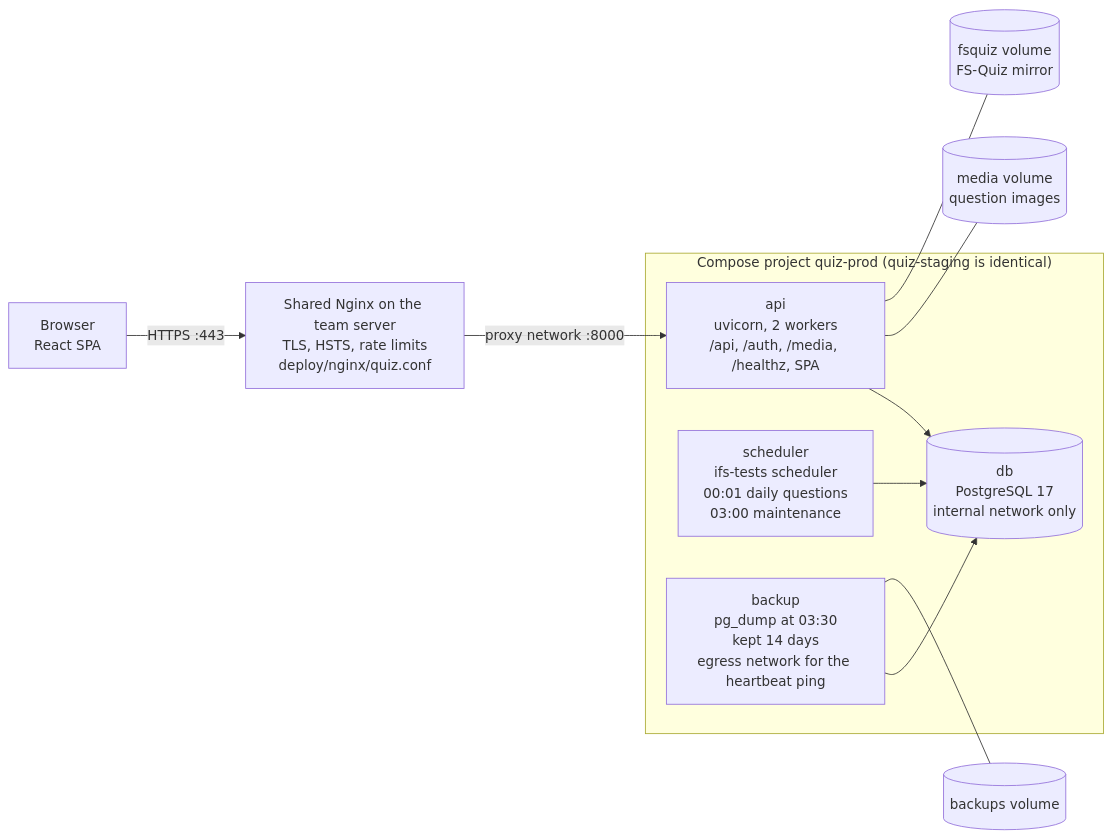
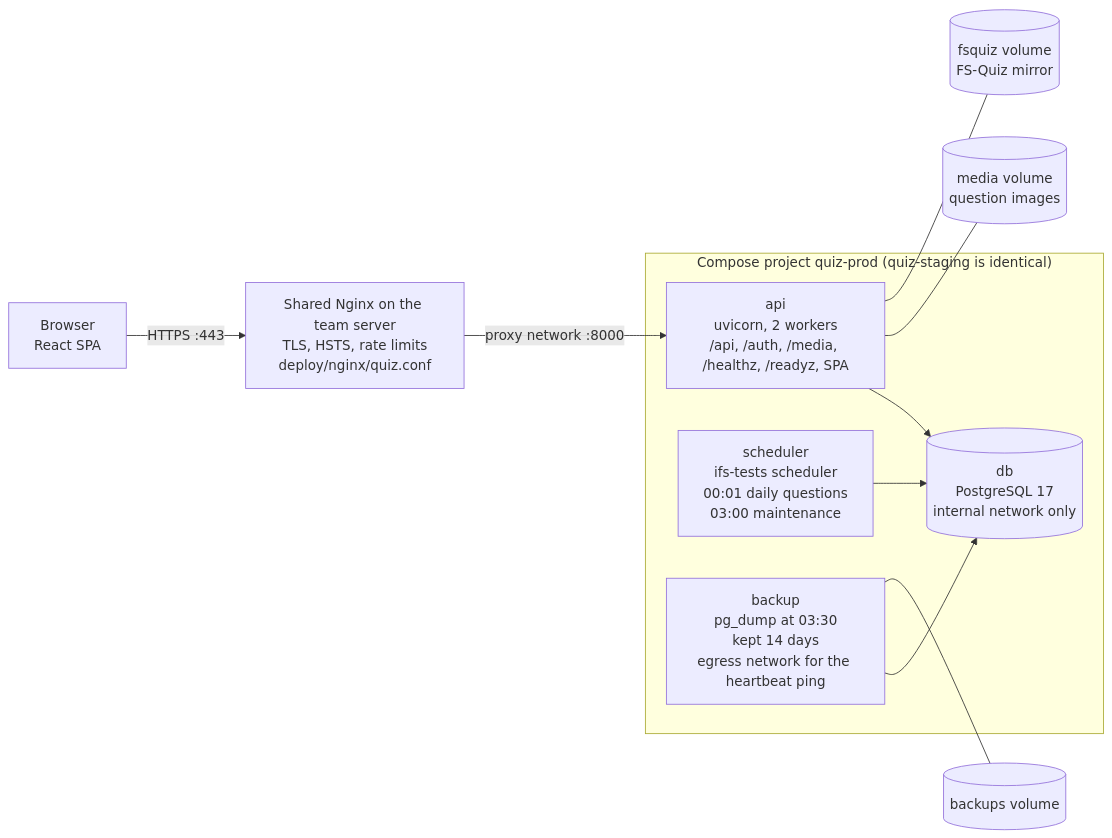
One commit to isc-fs/IFS-Tests changed the first of 4 diagrams in docs/architecture.md. Above: the diagram before and after it, drawn with Mermaid. The commit also changed other lines of this file and 17 other files, not shown here.

````diff
--- a/docs/architecture.md
+++ b/docs/architecture.md
@@ -9,17 +9,17 @@
 ```mermaid
 flowchart LR
     B["Browser<br/>React SPA"] -->|"HTTPS :443"| N["Shared Nginx on the team server<br/>TLS, HSTS, rate limits<br/>deploy/nginx/quiz.conf"]
     N -->|"proxy network :8000"| A
     subgraph P["Compose project quiz-prod (quiz-staging is identical)"]
-        A["api<br/>uvicorn, 2 workers<br/>/api, /auth, /media, /healthz, SPA"]
+        A["api<br/>uvicorn, 2 workers<br/>/api, /auth, /media, /healthz, /readyz, SPA"]
         S["scheduler<br/>ifs-tests scheduler<br/>00:01 daily questions<br/>03:00 maintenance"]
         K["backup<br/>pg_dump at 03:30<br/>kept 14 days<br/>egress network for the heartbeat ping"]
         D[("db<br/>PostgreSQL 17<br/>internal network only")]
         A --> D
         S --> D
         K --> D
     end
     A --- V1[("media volume<br/>question images")]
     A --- V2[("fsquiz volume<br/>FS-Quiz mirror")]
     K --- V3[("backups volume")]
 ```
````
